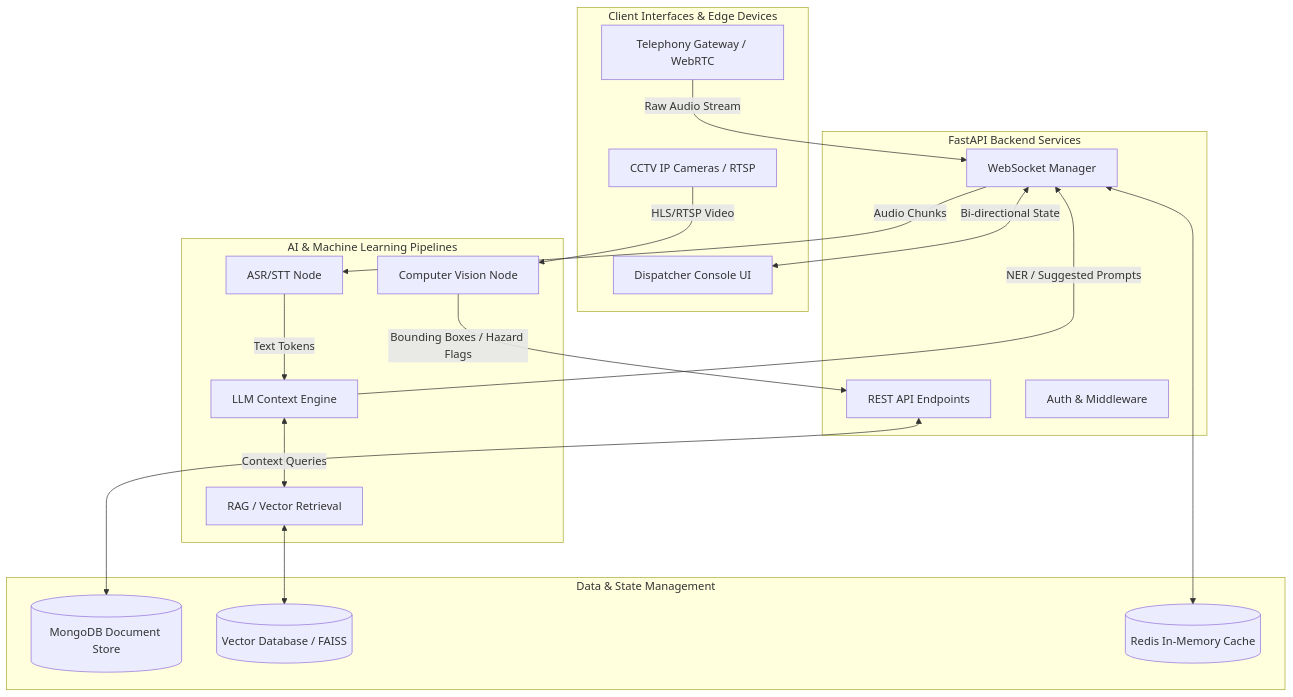
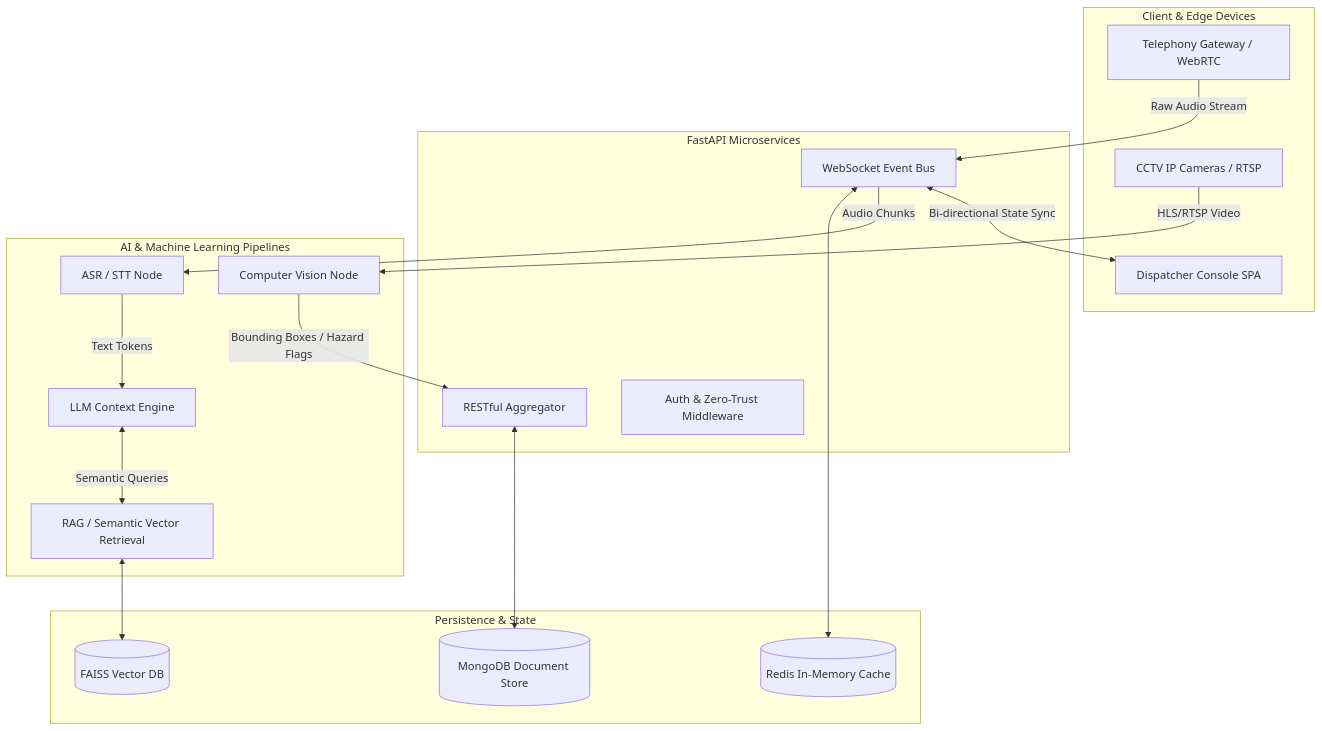
The first of 4 diagrams in README.md (Rakshi2609/E-mrg), drawn with Mermaid before and after one commit. The commit also changed other lines of this file, not shown here.

Commit message:
docs: add comprehensive system architecture diagrams and technical details

````diff
--- a/README.md
+++ b/README.md
@@ -35,42 +35,40 @@
 ```mermaid
 graph TD
-    subgraph Edge_Client [Client Interfaces & Edge Devices]
+    subgraph Edge_Layer [Client & Edge Devices]
         A[Telephony Gateway / WebRTC]
-        B[Dispatcher Console UI]
+        B[Dispatcher Console SPA]
         C[CCTV IP Cameras / RTSP]
     end
 
-    subgraph API_Gateway [FastAPI Backend Services]
-        D[WebSocket Manager]
-        E[REST API Endpoints]
-        F[Auth & Middleware]
+    subgraph API_Gateway [FastAPI Microservices]
+        D[WebSocket Event Bus]
+        E[RESTful Aggregator]
+        F[Auth & Zero-Trust Middleware]
     end
 
-    subgraph Inference_Engine [AI & Machine Learning Pipelines]
-        G[ASR/STT Node]
+    subgraph Inference_Mesh [AI & Machine Learning Pipelines]
+        G[ASR / STT Node]
         H[LLM Context Engine]
         I[Computer Vision Node]
-        J[RAG / Vector Retrieval]
+        J[RAG / Semantic Vector Retrieval]
     end
 
-    subgraph Persistence [Data & State Management]
+    subgraph Data_Lake [Persistence & State]
         K[(MongoDB Document Store)]
-        L[(Vector Database / FAISS)]
+        L[(FAISS Vector DB)]
         M[(Redis In-Memory Cache)]
     end
 
     A -->|Raw Audio Stream| D
-    D <-->|Bi-directional State| B
+    D <-->|Bi-directional State Sync| B
     C -->|HLS/RTSP Video| I
     
     D -->|Audio Chunks| G
     G -->|Text Tokens| H
-    H <-->|Context Queries| J
+    H <-->|Semantic Queries| J
     J <--> L
     I -->|Bounding Boxes / Hazard Flags| E
     
     E <--> K
     D <--> M
-    
-    H -->|NER / Suggested Prompts| D
 ```
````
